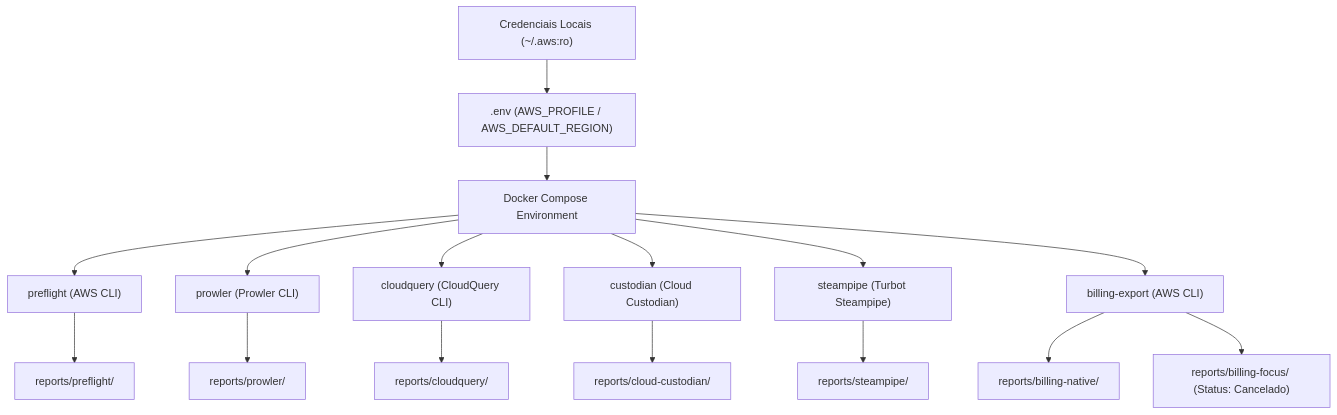
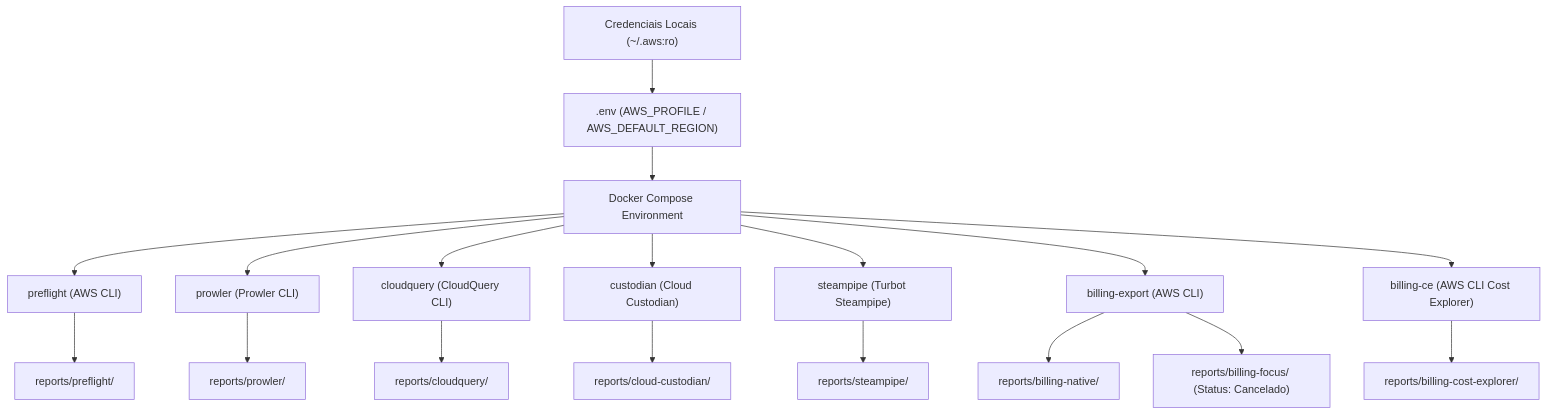
Before and after one commit to devopsvanilla/cloud-discovery: the diagram in README.md, drawn with Mermaid. The commit also changed other lines of this file and 11 other files, not shown here.

````diff
--- a/README.md
+++ b/README.md
@@ -11,20 +13,22 @@
 ```mermaid
 graph TD
     Host["Credenciais Locais (~/.aws:ro)"] --> Env[".env (AWS_PROFILE / AWS_DEFAULT_REGION)"]
     Env --> Compose[Docker Compose Environment]
 
     Compose --> Preflight["preflight (AWS CLI)"]
     Compose --> Prowler["prowler (Prowler CLI)"]
     Compose --> CloudQuery["cloudquery (CloudQuery CLI)"]
     Compose --> Custodian["custodian (Cloud Custodian)"]
     Compose --> Steampipe["steampipe (Turbot Steampipe)"]
     Compose --> Billing["billing-export (AWS CLI)"]
+    Compose --> BillingCE["billing-ce (AWS CLI Cost Explorer)"]
 
     Preflight --> R_Pre["reports/preflight/"]
     Prowler --> R_Pro["reports/prowler/"]
     CloudQuery --> R_CQ["reports/cloudquery/"]
     Custodian --> R_Cus["reports/cloud-custodian/"]
     Steampipe --> R_Ste["reports/steampipe/"]
     Billing --> R_BilN["reports/billing-native/"]
     Billing --> R_BilF["reports/billing-focus/ (Status: Cancelado)"]
+    BillingCE --> R_BilCE["reports/billing-cost-explorer/"]
 ```
````
